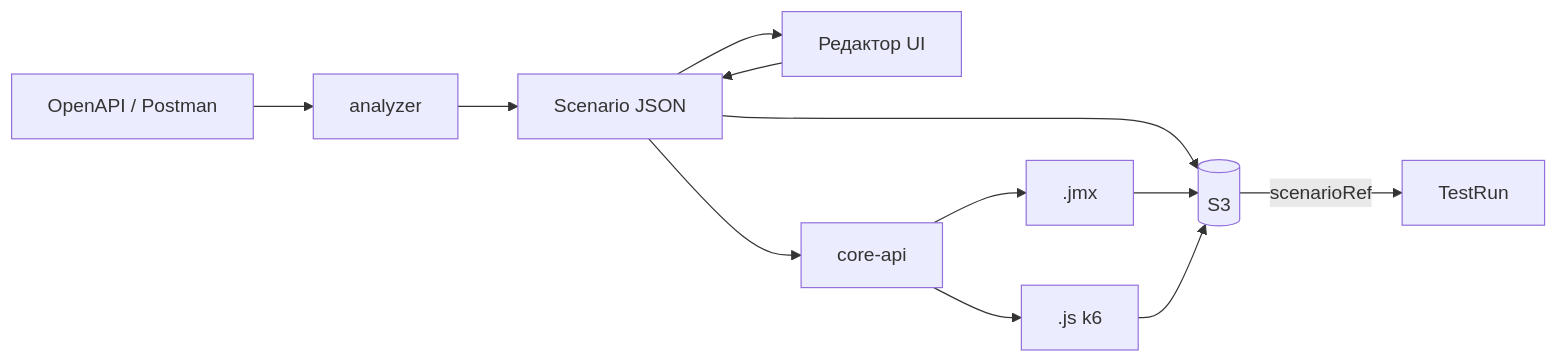
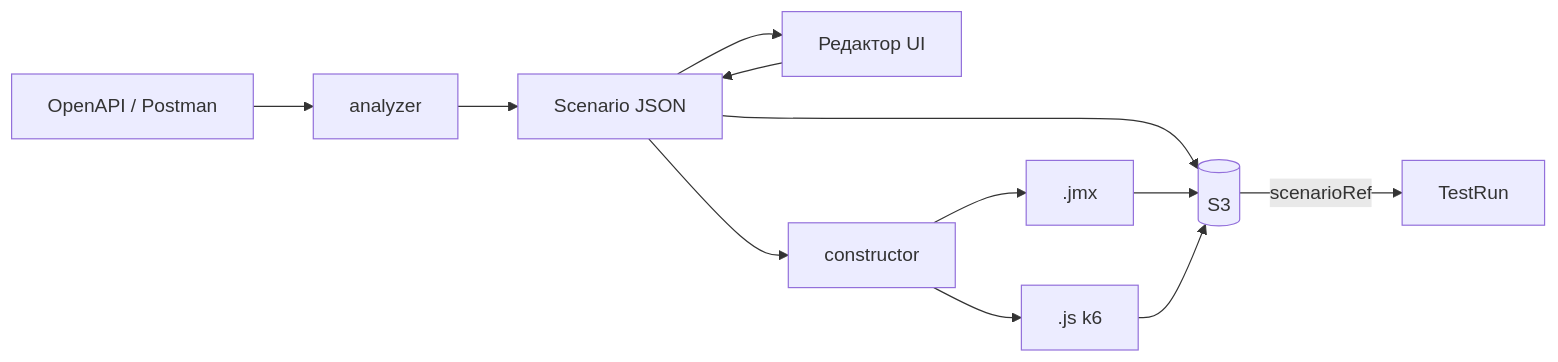
Before and after one commit to veterokx-hub/loadportal: the second of 9 diagrams in docs/architecture-overview.md, drawn with Mermaid. The commit also changed other lines of this file and 144 other files, not shown here.

````diff
--- a/docs/architecture-overview.md
+++ b/docs/architecture-overview.md
@@ -82,14 +82,14 @@
 ```mermaid
 flowchart LR
   SRC[OpenAPI / Postman] --> AN[analyzer]
   AN --> SC[Scenario JSON]
   SC --> UI[Редактор UI]
   UI --> SC
-  SC --> API[core-api]
+  SC --> API[constructor]
   API --> JMX[.jmx]
   API --> JS[.js k6]
   SC --> S3[(S3)]
   JMX --> S3
   JS --> S3
   S3 -->|scenarioRef| RUN[TestRun]
 ```
````
